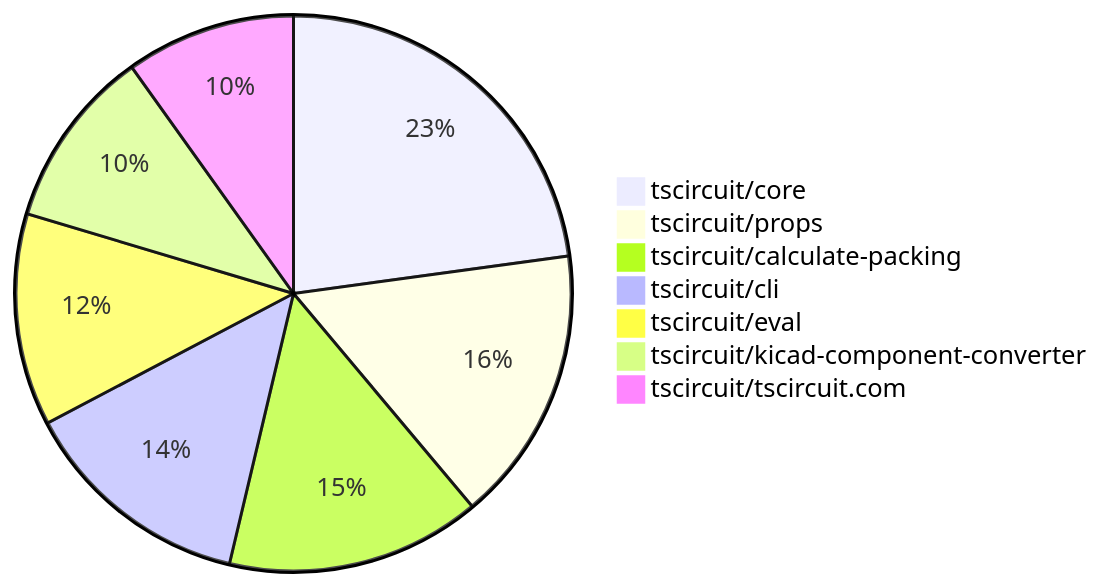
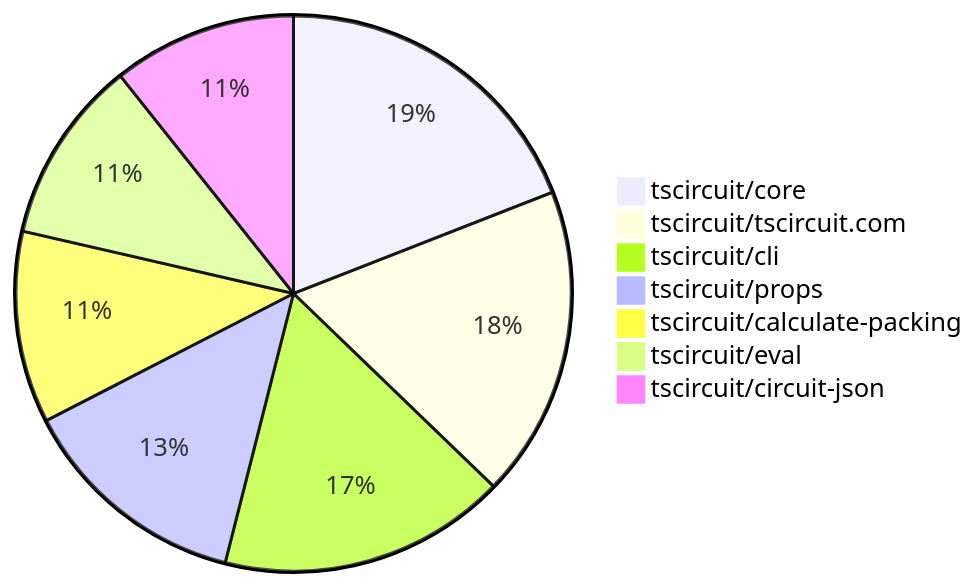
The second of 2 diagrams in README.md (tscircuit/contribution-tracker), drawn with Mermaid before and after one commit. The commit also changed other lines of this file and 3 other files, not shown here.

````diff
--- a/README.md
+++ b/README.md
@@ -129,10 +136,10 @@
 ```mermaid
 pie
-    "tscircuit/core" : 37
-    "tscircuit/props" : 26
+    "tscircuit/core" : 41
+    "tscircuit/tscircuit.com" : 39
+    "tscircuit/cli" : 36
+    "tscircuit/props" : 29
     "tscircuit/calculate-packing" : 24
-    "tscircuit/cli" : 22
-    "tscircuit/eval" : 20
-    "tscircuit/kicad-component-converter" : 17
-    "tscircuit/tscircuit.com" : 16
+    "tscircuit/eval" : 23
+    "tscircuit/circuit-json" : 23
 ```
````
